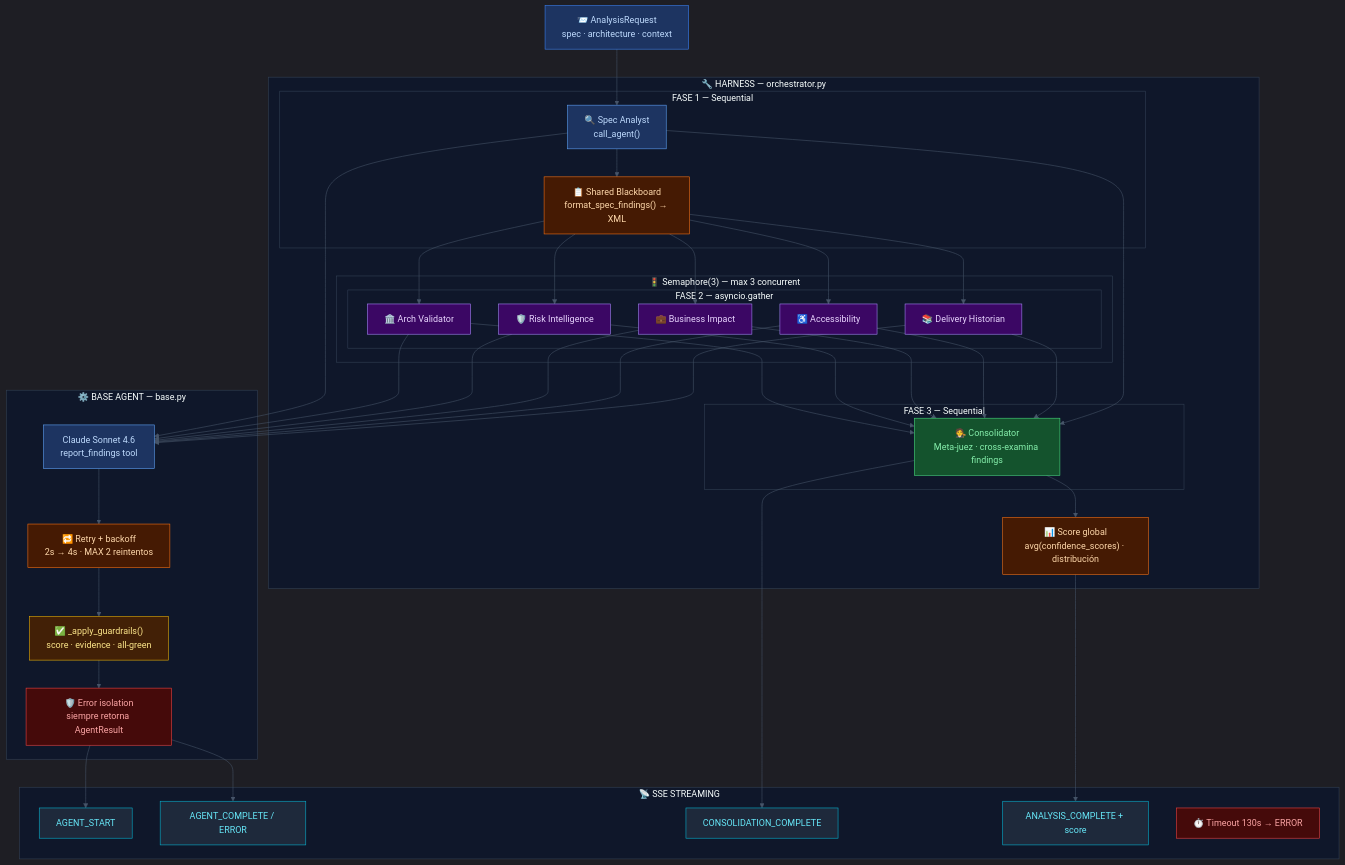
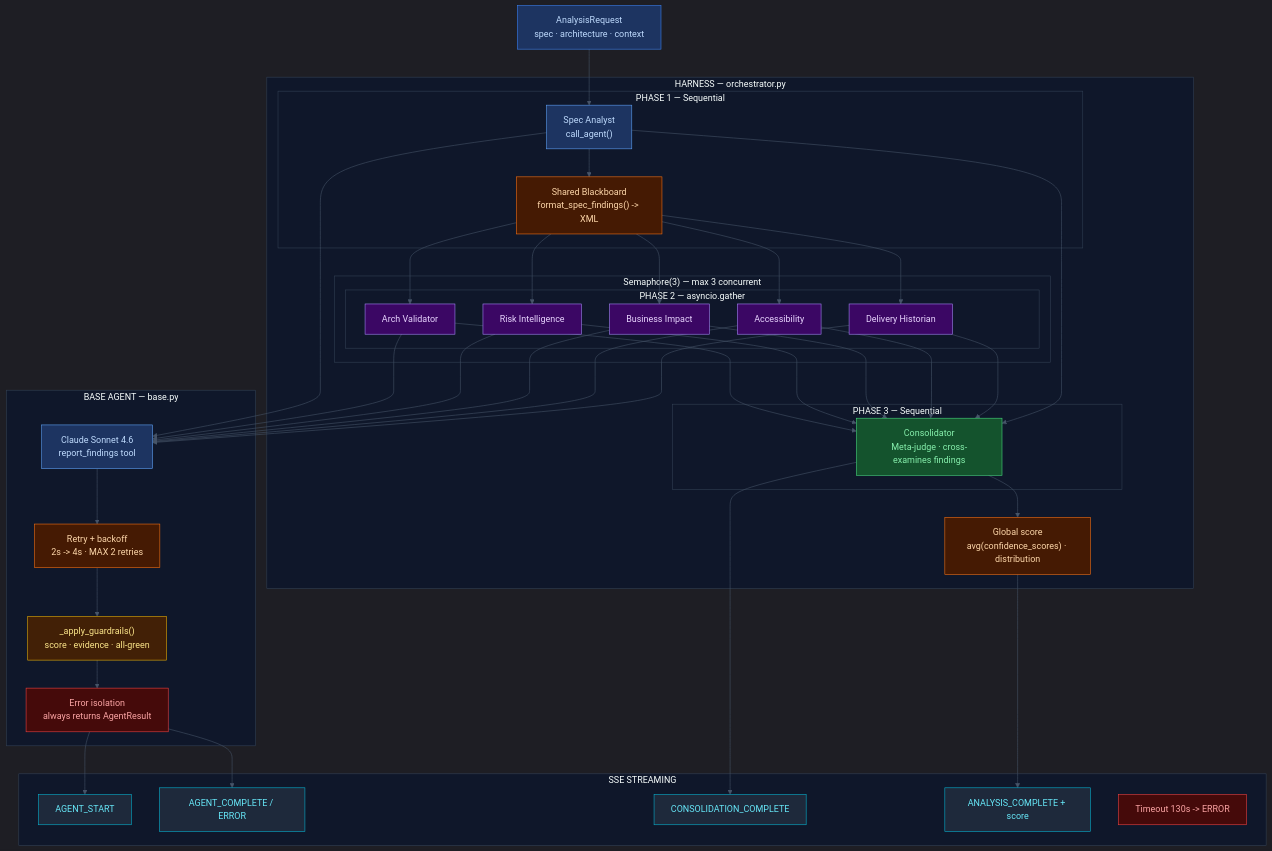
One commit to tweladera/GlobalHack-ConfidenceMap changed the diagram in docs/diagram-harness-engineering.md. Above: the diagram before and after it, drawn with Mermaid. The commit also changed other lines of this file and 18 other files, not shown here.

First line of the commit message:
feat: SSE streaming fix, UX analysis improvements, export fix, docs EN translation

````diff
--- a/docs/diagram-harness-engineering.md
+++ b/docs/diagram-harness-engineering.md
@@ -95,66 +95,66 @@
 ```mermaid
 %%{init: {'theme': 'dark', 'themeVariables': {
   'primaryColor': '#1e293b', 'primaryTextColor': '#f1f5f9',
   'primaryBorderColor': '#f97316', 'lineColor': '#475569',
   'clusterBkg': '#0f172a', 'clusterBorder': '#334155',
   'fontFamily': 'Segoe UI, system-ui, sans-serif'
 }}}%%
 flowchart TD
   classDef req     fill:#1d3461,stroke:#3b82f6,color:#bfdbfe
   classDef phase1  fill:#1d3461,stroke:#60a5fa,color:#bfdbfe
   classDef phase2  fill:#3b0764,stroke:#a78bfa,color:#e9d5ff
   classDef phase3  fill:#14532d,stroke:#4ade80,color:#86efac
   classDef harness fill:#451a03,stroke:#f97316,color:#fed7aa
   classDef sse     fill:#1e293b,stroke:#06b6d4,color:#67e8f9
   classDef guard   fill:#422006,stroke:#eab308,color:#fde68a
   classDef err     fill:#450a0a,stroke:#ef4444,color:#fca5a5
 
-  REQ["📨 AnalysisRequest\nspec · architecture · context"]:::req
+  REQ["AnalysisRequest\nspec · architecture · context"]:::req
 
-  subgraph HARNESS["🔧 HARNESS — orchestrator.py"]
-    subgraph P1["FASE 1 — Sequential"]
-      SA["🔍 Spec Analyst\ncall_agent()"]:::phase1
-      BB["📋 Shared Blackboard\nformat_spec_findings() → XML"]:::harness
+  subgraph HARNESS["HARNESS — orchestrator.py"]
+    subgraph P1["PHASE 1 — Sequential"]
+      SA["Spec Analyst\ncall_agent()"]:::phase1
+      BB["Shared Blackboard\nformat_spec_findings() -> XML"]:::harness
     end
-    subgraph SEM["🚦 Semaphore(3) — max 3 concurrent"]
-      subgraph P2["FASE 2 — asyncio.gather"]
-        A1["🏛️ Arch Validator"]:::phase2
-        A2["🛡️ Risk Intelligence"]:::phase2
-        A3["💼 Business Impact"]:::phase2
-        A4["♿ Accessibility"]:::phase2
-        A5["📚 Delivery Historian"]:::phase2
+    subgraph SEM["Semaphore(3) — max 3 concurrent"]
+      subgraph P2["PHASE 2 — asyncio.gather"]
+        A1["Arch Validator"]:::phase2
+        A2["Risk Intelligence"]:::phase2
+        A3["Business Impact"]:::phase2
+        A4["Accessibility"]:::phase2
+        A5["Delivery Historian"]:::phase2
       end
     end
-    subgraph P3["FASE 3 — Sequential"]
-      CON["🧑‍⚖️ Consolidator\nMeta-juez · cross-examina findings"]:::phase3
+    subgraph P3["PHASE 3 — Sequential"]
+      CON["Consolidator\nMeta-judge · cross-examines findings"]:::phase3
     end
-    SCORE["📊 Score global\navg(confidence_scores) · distribución"]:::harness
+    SCORE["Global score\navg(confidence_scores) · distribution"]:::harness
   end
 
-  subgraph BASE["⚙️ BASE AGENT — base.py"]
+  subgraph BASE["BASE AGENT — base.py"]
     API["Claude Sonnet 4.6\nreport_findings tool"]:::phase1
-    RETRY["🔁 Retry + backoff\n2s → 4s · MAX 2 reintentos"]:::harness
-    GUARD["✅ _apply_guardrails()\nscore · evidence · all-green"]:::guard
-    ISO["🛡️ Error isolation\nsiempre retorna AgentResult"]:::err
+    RETRY["Retry + backoff\n2s -> 4s · MAX 2 retries"]:::harness
+    GUARD["_apply_guardrails()\nscore · evidence · all-green"]:::guard
+    ISO["Error isolation\nalways returns AgentResult"]:::err
   end
 
-  subgraph SSE["📡 SSE STREAMING"]
+  subgraph SSE["SSE STREAMING"]
     E1["AGENT_START"]:::sse
     E2["AGENT_COMPLETE / ERROR"]:::sse
     E3["CONSOLIDATION_COMPLETE"]:::sse
     E4["ANALYSIS_COMPLETE + score"]:::sse
-    TO["⏱️ Timeout 130s → ERROR"]:::err
+    TO["Timeout 130s -> ERROR"]:::err
   end
 
   REQ --> SA
   SA --> BB
   BB --> A1 & A2 & A3 & A4 & A5
   A1 & A2 & A3 & A4 & A5 --> CON
   SA --> CON
   CON --> SCORE
   SA & A1 & A2 & A3 & A4 & A5 --> API
   API --> RETRY --> GUARD --> ISO
   ISO --> E1 & E2
   CON --> E3
   SCORE --> E4
 ```
````
